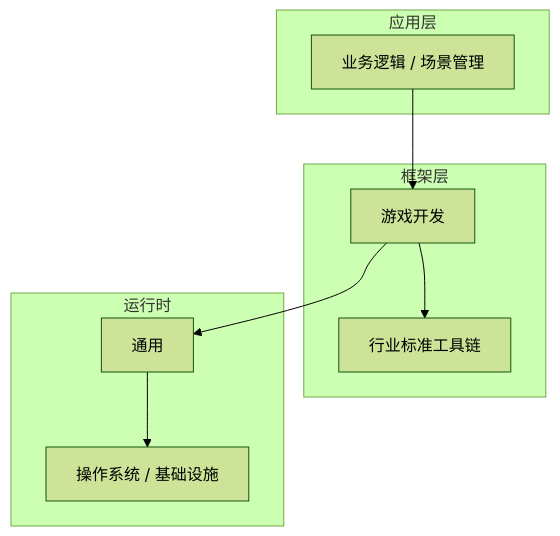
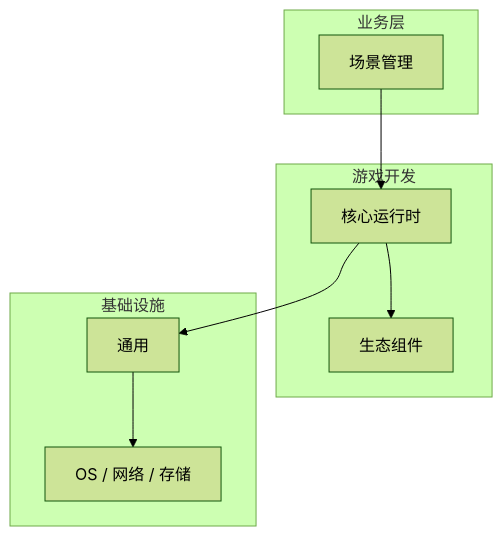
One commit to yanggan2015/knowledge-json-v2 changed the diagram in articles/游戏开发/chapters/031-场景管理核心概念与原理.md. Above: the diagram before and after it, drawn with Mermaid (forest theme). The commit also changed other lines of this file and 10127 other files, not shown here.

````diff
--- a/articles/游戏开发/chapters/031-场景管理核心概念与原理.md
+++ b/articles/游戏开发/chapters/031-场景管理核心概念与原理.md
@@ -45,18 +30,18 @@
 ```mermaid
 graph TB
-    subgraph 应用层
-        A[业务逻辑 / 场景管理]
+    subgraph 业务层
+        A[场景管理]
     end
-    subgraph 框架层
-        B[游戏开发]
-        C[行业标准工具链]
+    subgraph 游戏开发
+        B[核心运行时]
+        C[生态组件]
     end
-    subgraph 运行时
+    subgraph 基础设施
         D[通用]
-        E[操作系统 / 基础设施]
+        E[OS / 网络 / 存储]
     end
     A --> B
     B --> C
     B --> D
     D --> E
 ```
````
